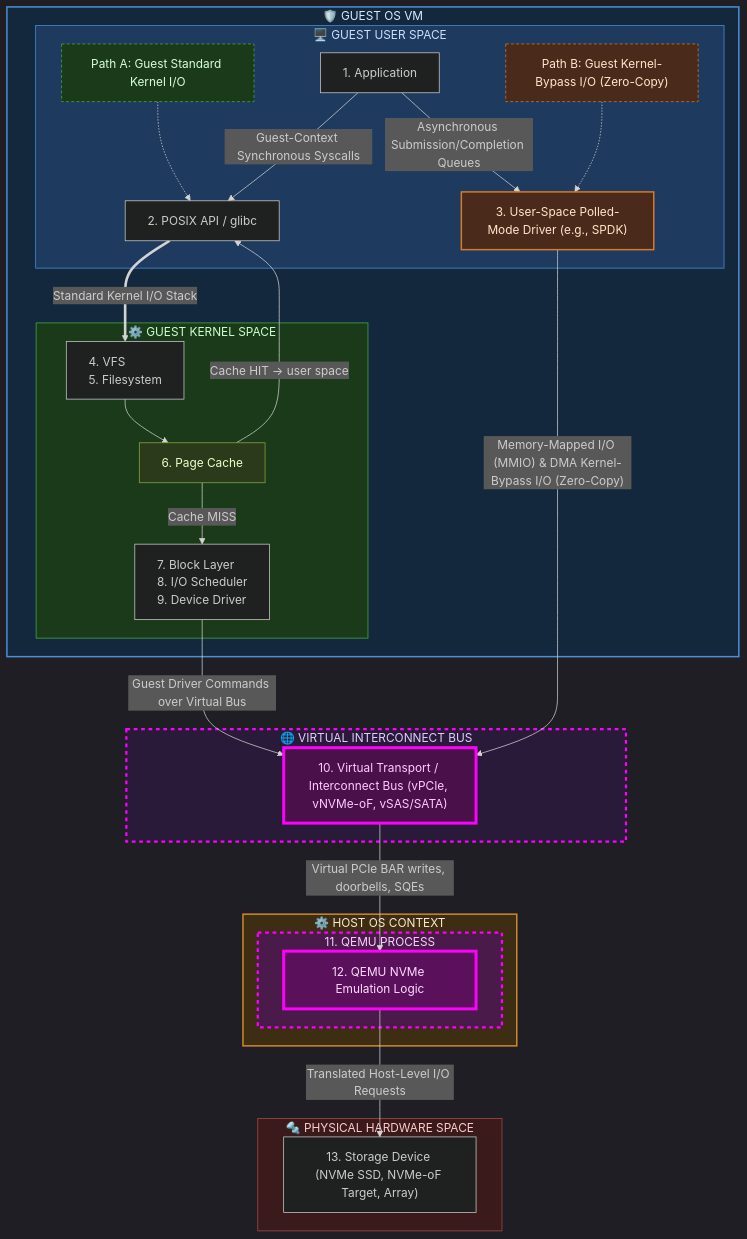
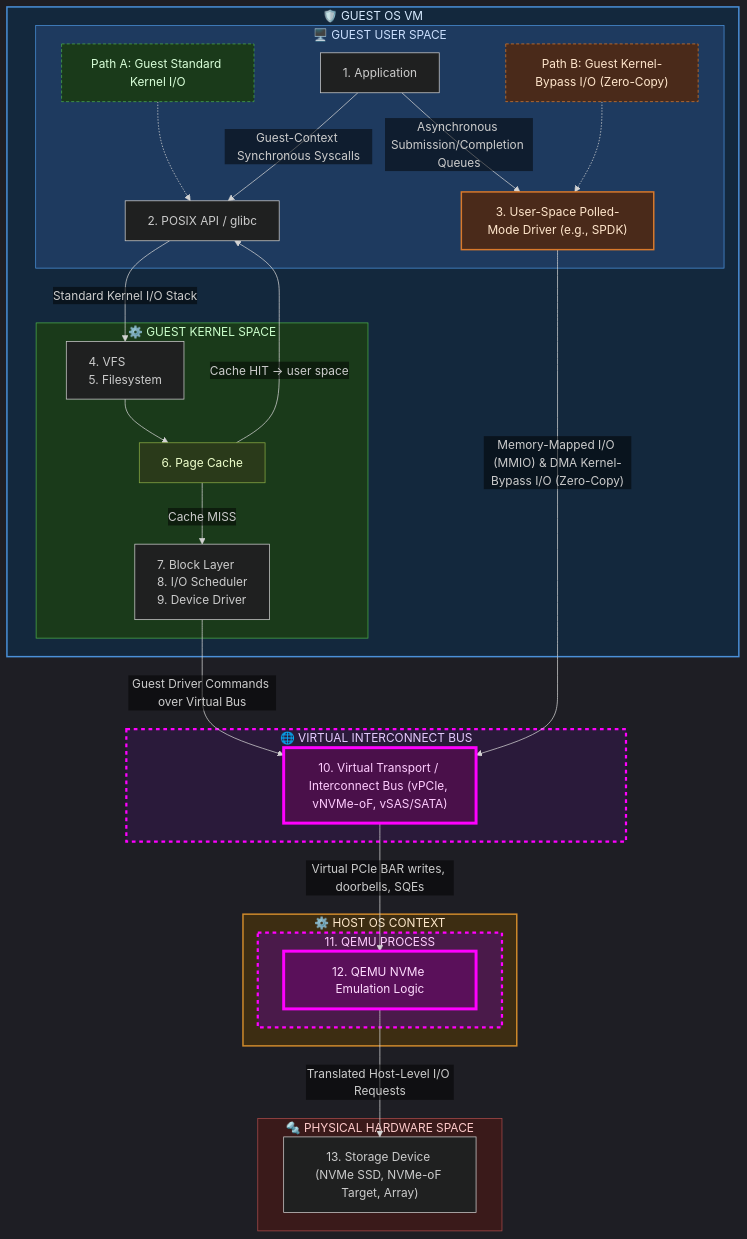
One commit to SiliconLanguage/dataplane-emu changed the diagram in docs/arch/qemu-nvme-storage-stack.md. Above: the diagram before and after it, drawn with Mermaid.

Commit message:
line style updatetes.

````diff
--- a/docs/arch/qemu-nvme-storage-stack.md
+++ b/docs/arch/qemu-nvme-storage-stack.md
@@ -5,62 +5,62 @@
 ```mermaid
-%%{init: {'theme': 'dark'}}%%
+%%{init: {'theme': 'dark', 'themeVariables': { 'edgeLabelBackground': 'transparent'}}}%%
 flowchart TD
     subgraph GUEST["🛡️ GUEST OS VM"]
         subgraph USER["🖥️ GUEST USER SPACE"]
             P1["Path A: Guest Standard Kernel I/O"]
             A["1. Application"]
             B["2. POSIX API / glibc"]
             P2["Path B: Guest Kernel-Bypass I/O (Zero-Copy)"]
             J["3. User-Space Polled-Mode Driver (e.g., SPDK)"]
         end
 
         subgraph KERNEL["⚙️ GUEST KERNEL SPACE"]
             C["<div style='text-align: left;'>4. VFS<br/>5. Filesystem</div>"]
             E["6. Page Cache"]
             F["<div style='text-align: left;'>7. Block Layer<br/>8. I/O Scheduler<br/>9. Device Driver</div>"]
         end
     end
 
     subgraph VIRTUAL_HW["🌐 VIRTUAL INTERCONNECT BUS"]
         T["10. Virtual Transport / Interconnect Bus (vPCIe, vNVMe-oF, vSAS/SATA)"]
     end
 
     subgraph HOST["⚙️ HOST OS CONTEXT"]
         subgraph QEMU["11. QEMU PROCESS"]
             QN["12. QEMU NVMe Emulation Logic"]
         end
     end
 
     subgraph PHYSICAL_HW["🔩 PHYSICAL HARDWARE SPACE"]
         I["13. Storage Device (NVMe SSD, NVMe-oF Target, Array)"]
     end
 
     A -->|"Guest-Context Synchronous Syscalls"| B
-    B == Standard Kernel I/O Stack ==> C
+    B -->|"Standard Kernel I/O Stack"| C
     C --> E
     E -->|"Cache HIT → user space"| B
     E -->|"Cache MISS"| F
     F -->|"Guest Driver Commands over Virtual Bus"| T
 
     A -->|"Asynchronous Submission/Completion Queues"| J
     J -->|"Memory-Mapped I/O (MMIO) & DMA Kernel-Bypass I/O (Zero-Copy)"| T
     T -->|"Virtual PCIe BAR writes, doorbells, SQEs"| QN
     QN -->|"Translated Host-Level I/O Requests"| I
 
     P1 -.-> B
     P2 -.-> J
 
     style GUEST fill:#13283d,color:#d8ebff,stroke:#4a90d9,stroke-width:2px
     style USER fill:#1e3a5f,color:#cce0ff,stroke:#4a90d9
     style KERNEL fill:#1a3a1a,color:#ccffcc,stroke:#4aaa4a
     style HOST fill:#3d2d12,color:#ffe9cc,stroke:#d08a2b,stroke-width:2px
     style QEMU fill:#4a1a4a,color:#ffccff,stroke:#ff00ff,stroke-width:3px,stroke-dasharray: 5 5
     style QN fill:#5a105a,color:#ffddff,stroke:#ff00ff,stroke-width:4px
     style VIRTUAL_HW fill:#2a1a3a,color:#e6ccff,stroke:#ff00ff,stroke-width:3px,stroke-dasharray: 5 5
     style PHYSICAL_HW fill:#3a1a1a,color:#ffcccc,stroke:#aa4a4a
     style E fill:#2a3a1a,color:#eeffcc,stroke:#88aa44
     style J fill:#4a2a1a,color:#ffe6cc,stroke:#d9792b,stroke-width:2px
     style T fill:#4a104a,color:#ffccff,stroke:#ff00ff,stroke-width:4px
     style P1 fill:#1a3a1a,color:#d9ffd9,stroke:#4aaa4a,stroke-dasharray: 4 3
     style P2 fill:#4a2a1a,color:#ffe6cc,stroke:#d9792b,stroke-dasharray: 4 3
 ```
````
